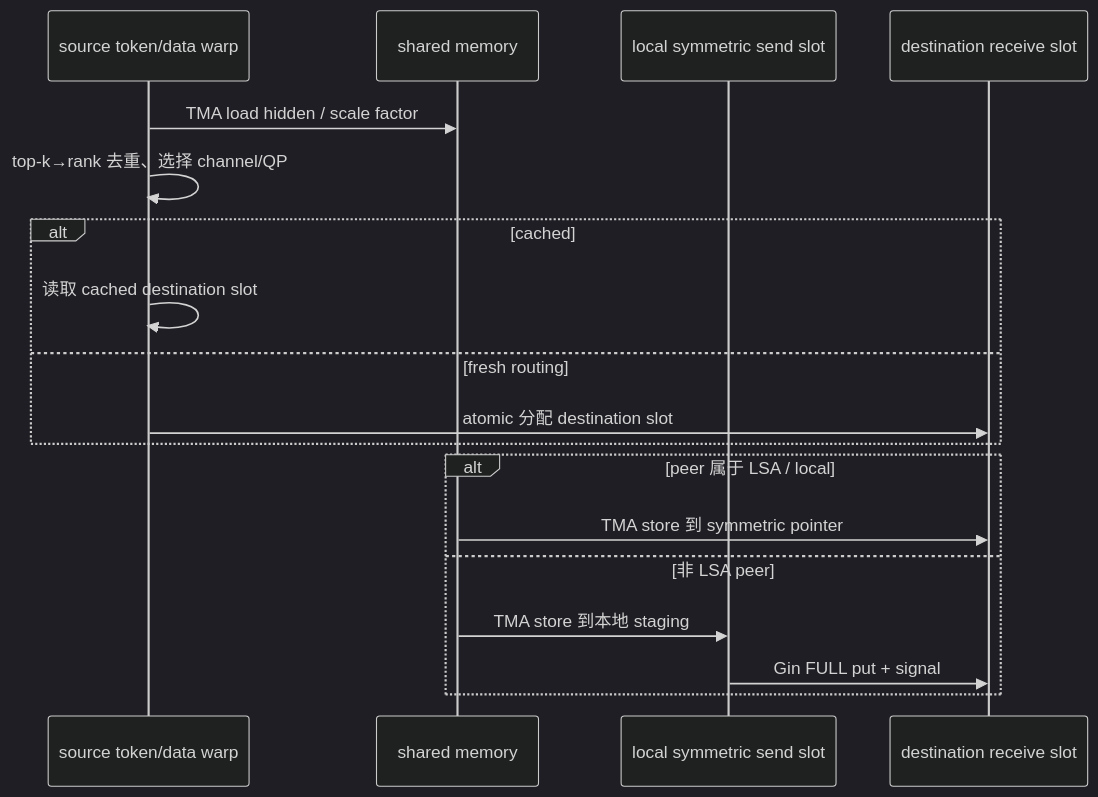
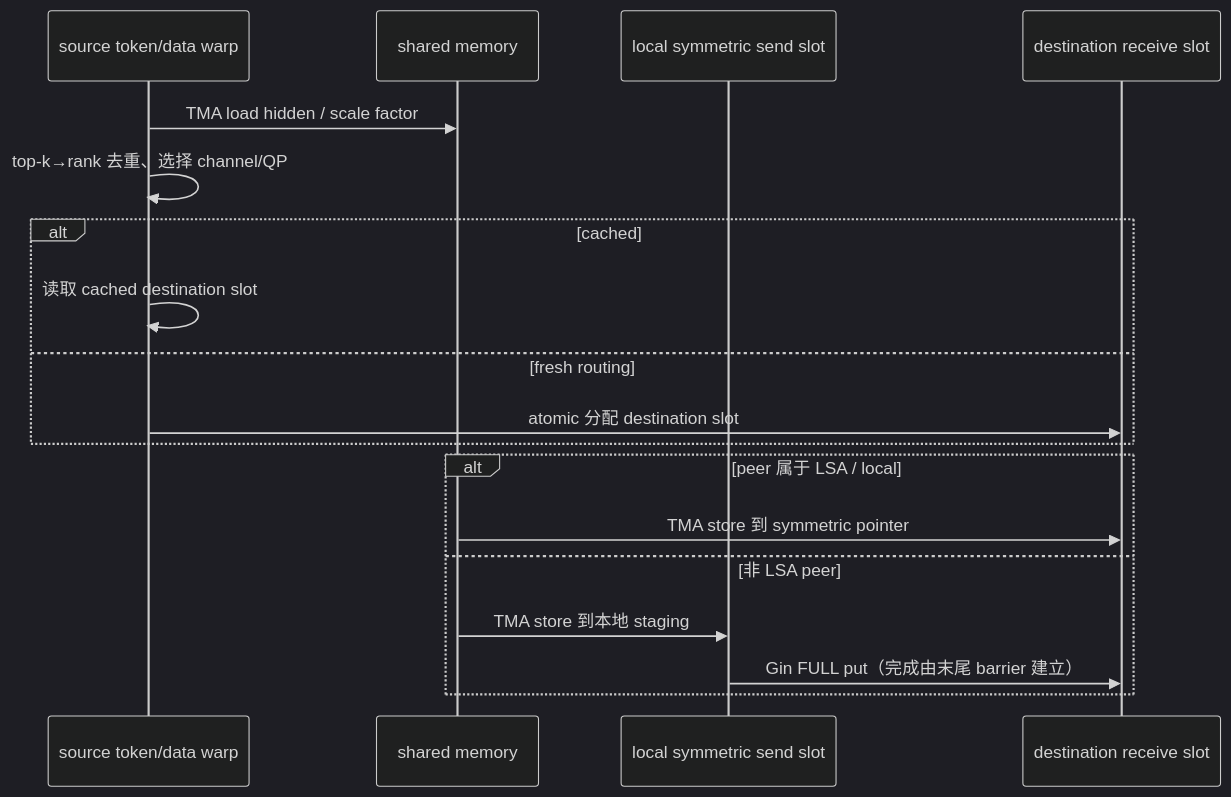
Before and after one commit to doulujiyao12/deepep_tutorial: the eighth of 10 diagrams in docs/implementation-v2-elastic.md, drawn with Mermaid (dark theme). The commit also changed other lines of this file and 138 other files, not shown here.

````diff
--- a/docs/implementation-v2-elastic.md
+++ b/docs/implementation-v2-elastic.md
@@ -953,20 +1056,20 @@
 ```mermaid
 sequenceDiagram
     participant S as source token/data warp
     participant SH as shared memory
     participant L as local symmetric send slot
     participant D as destination receive slot
     S->>SH: TMA load hidden / scale factor
     S->>S: top-k→rank 去重、选择 channel/QP
     alt cached
         S->>S: 读取 cached destination slot
     else fresh routing
         S->>D: atomic 分配 destination slot
     end
     alt peer 属于 LSA / local
         SH->>D: TMA store 到 symmetric pointer
     else 非 LSA peer
         SH->>L: TMA store 到本地 staging
-        L->>D: Gin FULL put + signal
+        L->>D: Gin FULL put（完成由末尾 barrier 建立）
     end
 ```
````
